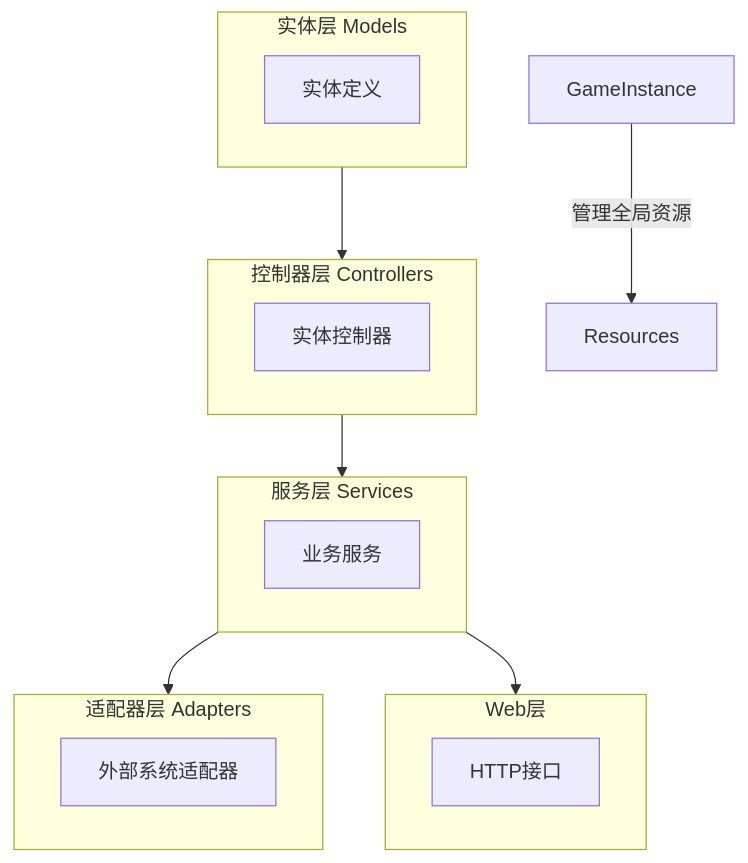
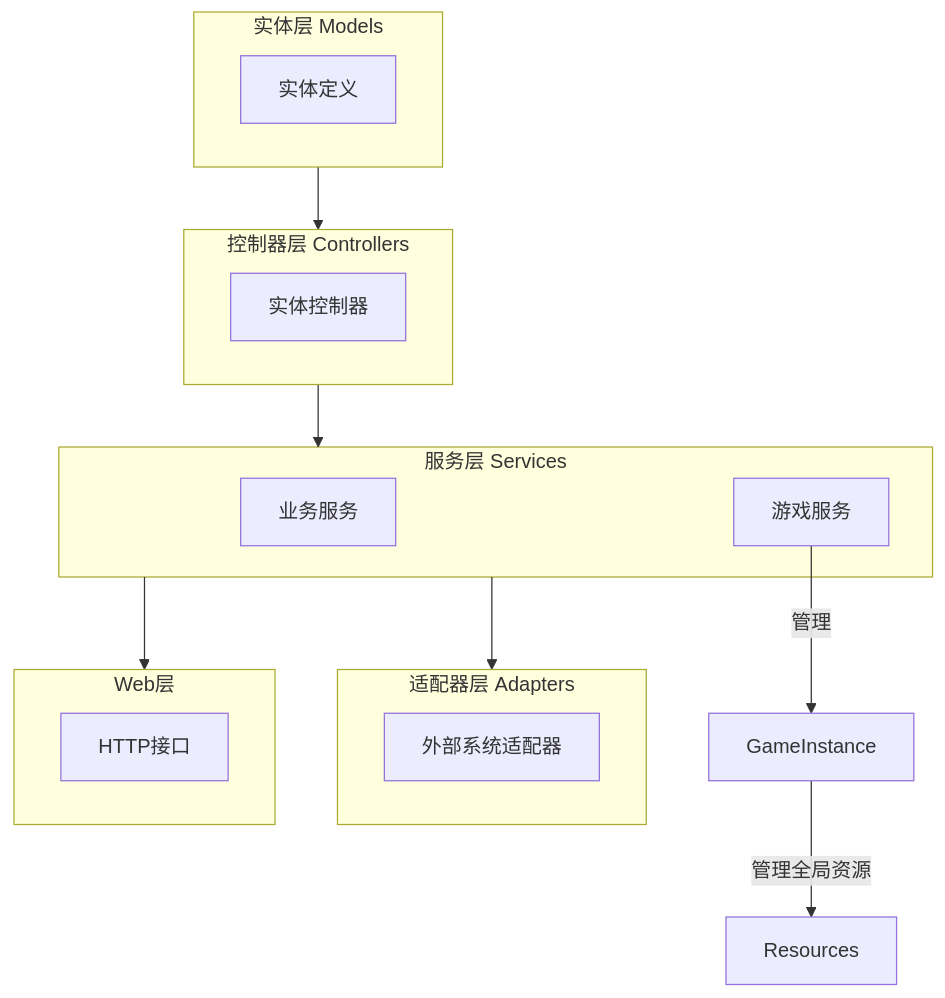
The first of 6 diagrams in docs/架构.md (crossagent/paotuan), drawn with Mermaid before and after one commit. The commit also changed other lines of this file and 9 other files, not shown here.

````diff
--- a/docs/架构.md
+++ b/docs/架构.md
@@ -15,29 +15,31 @@
 ```mermaid
 graph TD
     GameInstance[GameInstance] --> |管理全局资源| Resources
     
     subgraph models[实体层 Models]
         Entities[实体定义]
     end
     
     subgraph core[控制器层 Controllers]
         Controllers[实体控制器]
     end
     
     subgraph services[服务层 Services]
         ServiceLayer[业务服务]
+        GameService[游戏服务]
     end
     
     subgraph adapters[适配器层 Adapters]
         AdapterLayer[外部系统适配器]
     end
     
     subgraph web[Web层]
         WebLayer[HTTP接口]
     end
     
     models --> core
     core --> services
     services --> adapters
     services --> web
+    GameService --> |管理| GameInstance
 ```
````
